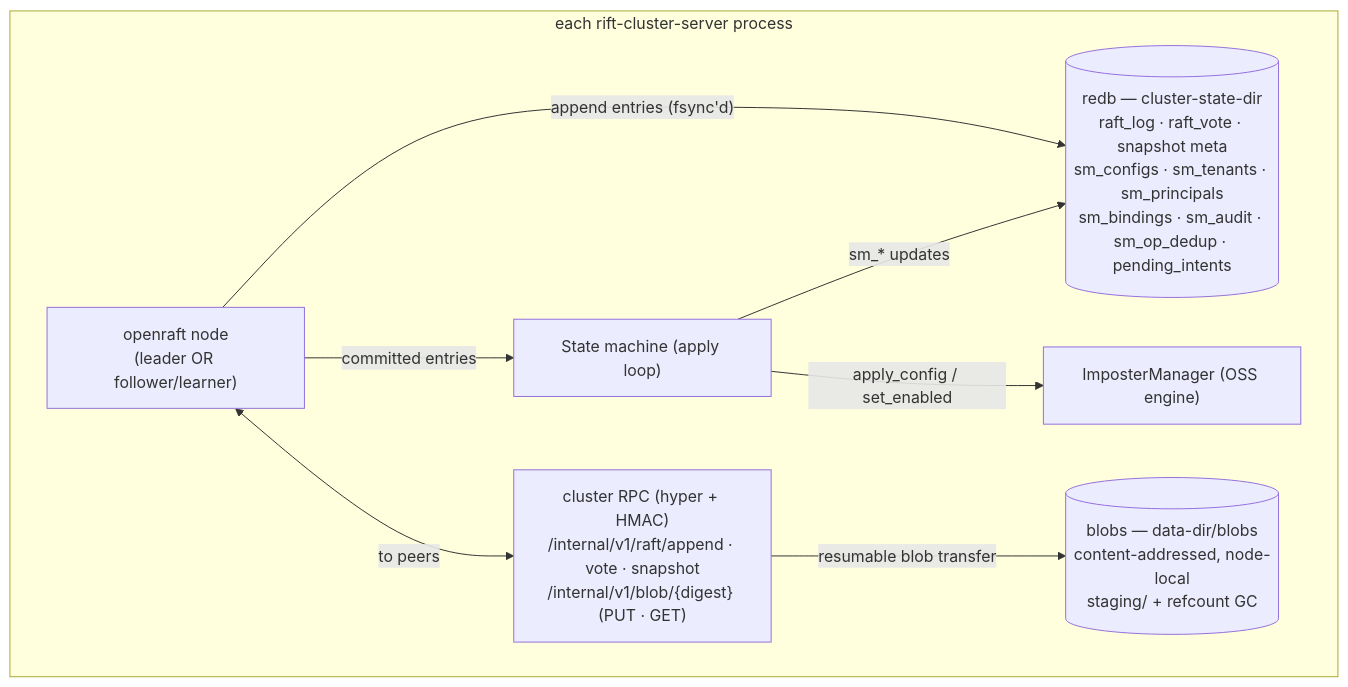
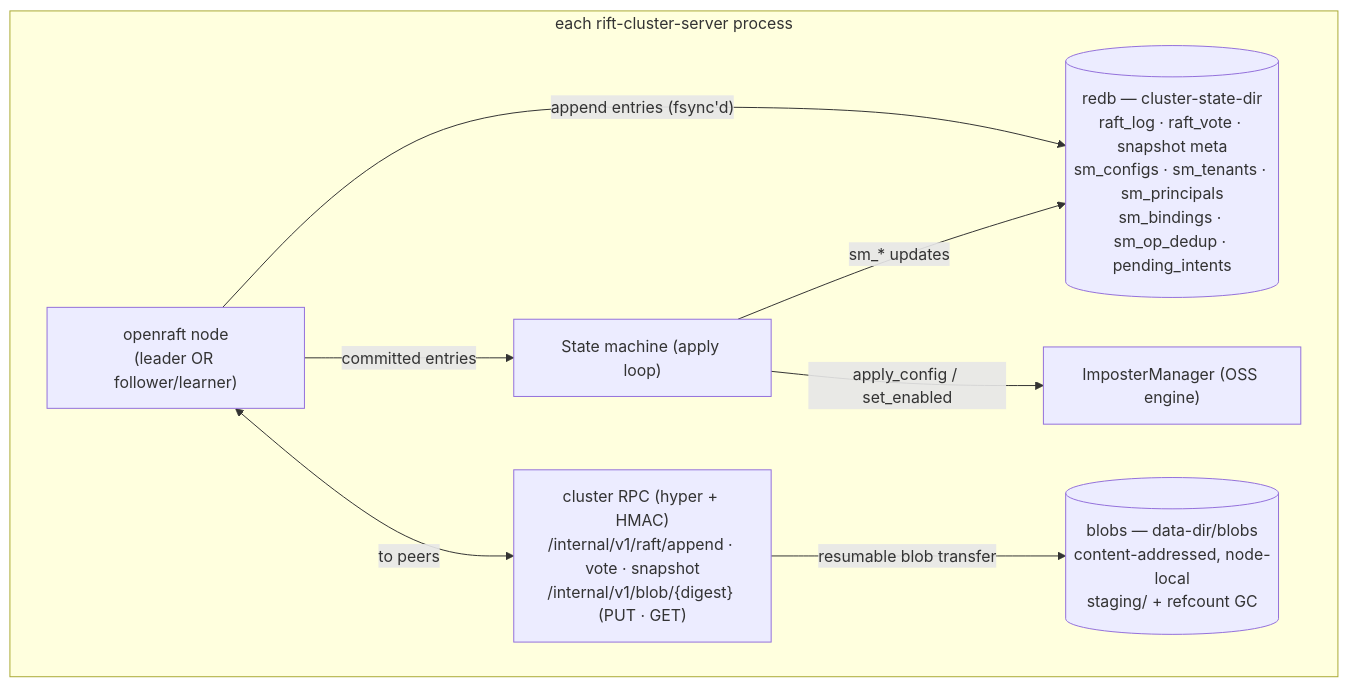
One commit to achird-labs/rift-cluster changed the first of 2 diagrams in docs/architecture/03-control-plane.md. Above: the diagram before and after it, drawn with Mermaid. The commit also changed 70 other files, not shown here.

````diff
--- a/docs/architecture/03-control-plane.md
+++ b/docs/architecture/03-control-plane.md
@@ -36,18 +36,18 @@
 ```mermaid
 flowchart TB
     subgraph Node["each rift-cluster-server process"]
         RN["openraft node<br/>(leader OR follower/learner)"]
         SM["State machine (apply loop)"]
-        DB[("redb — cluster-state-dir<br/>raft_log · raft_vote · snapshot meta<br/>sm_configs · sm_tenants · sm_principals<br/>sm_bindings · sm_audit · sm_op_dedup · pending_intents")]
+        DB[("redb — cluster-state-dir<br/>raft_log · raft_vote · snapshot meta<br/>sm_configs · sm_tenants · sm_principals<br/>sm_bindings · sm_op_dedup · pending_intents")]
         IM["ImposterManager (OSS engine)"]
         RPC["cluster RPC (hyper + HMAC)<br/>/internal/v1/raft/append · vote · snapshot<br/>/internal/v1/blob/{digest} (PUT · GET)"]
         BLOBS[("blobs — data-dir/blobs<br/>content-addressed, node-local<br/>staging/ + refcount GC")]
     end
 
     RN -- "append entries (fsync'd)" --> DB
     RN -- "committed entries" --> SM
     SM -- "sm_* updates" --> DB
     SM -- "apply_config / set_enabled" --> IM
     RN <-- "to peers" --> RPC
     RPC -- "resumable blob transfer" --> BLOBS
 ```
````
